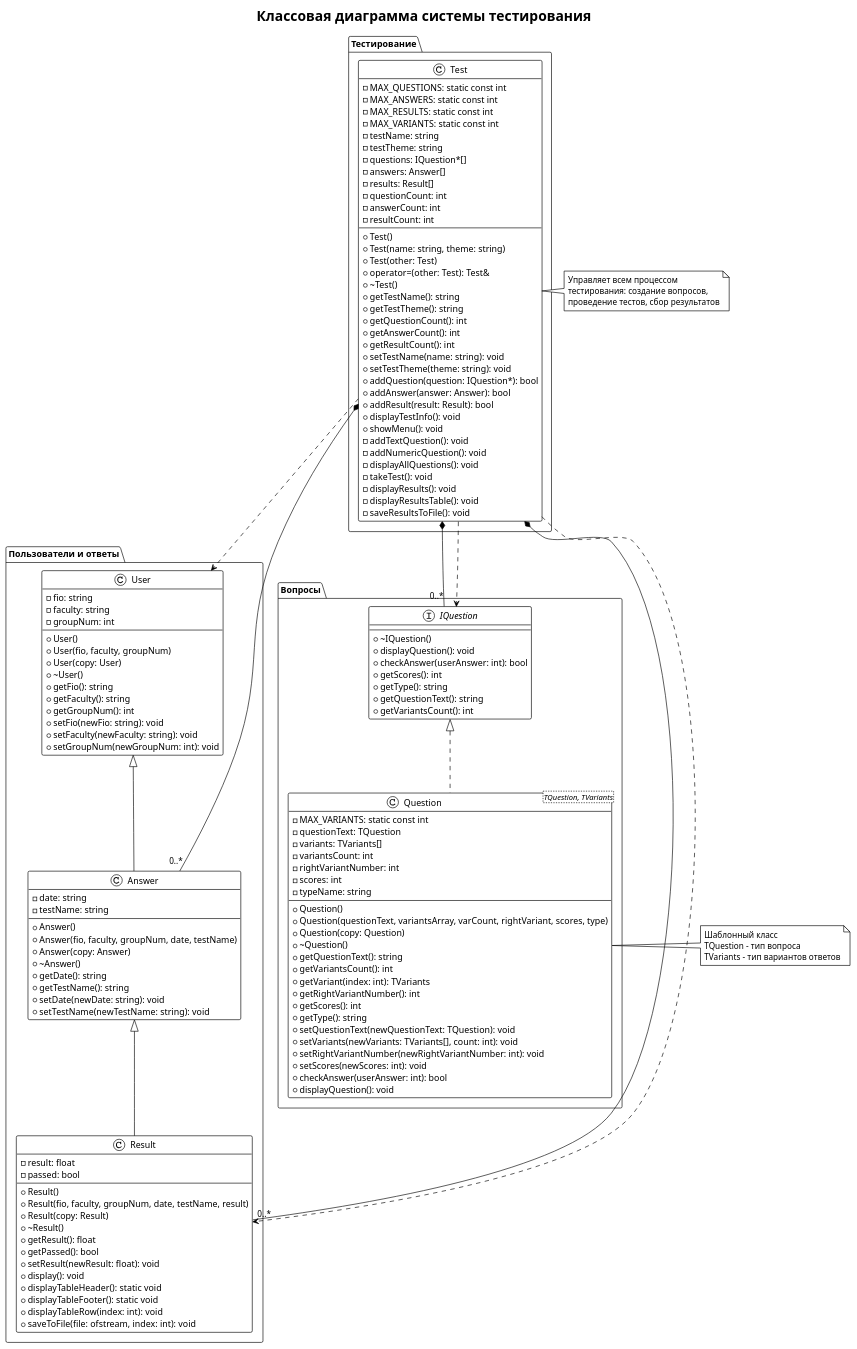
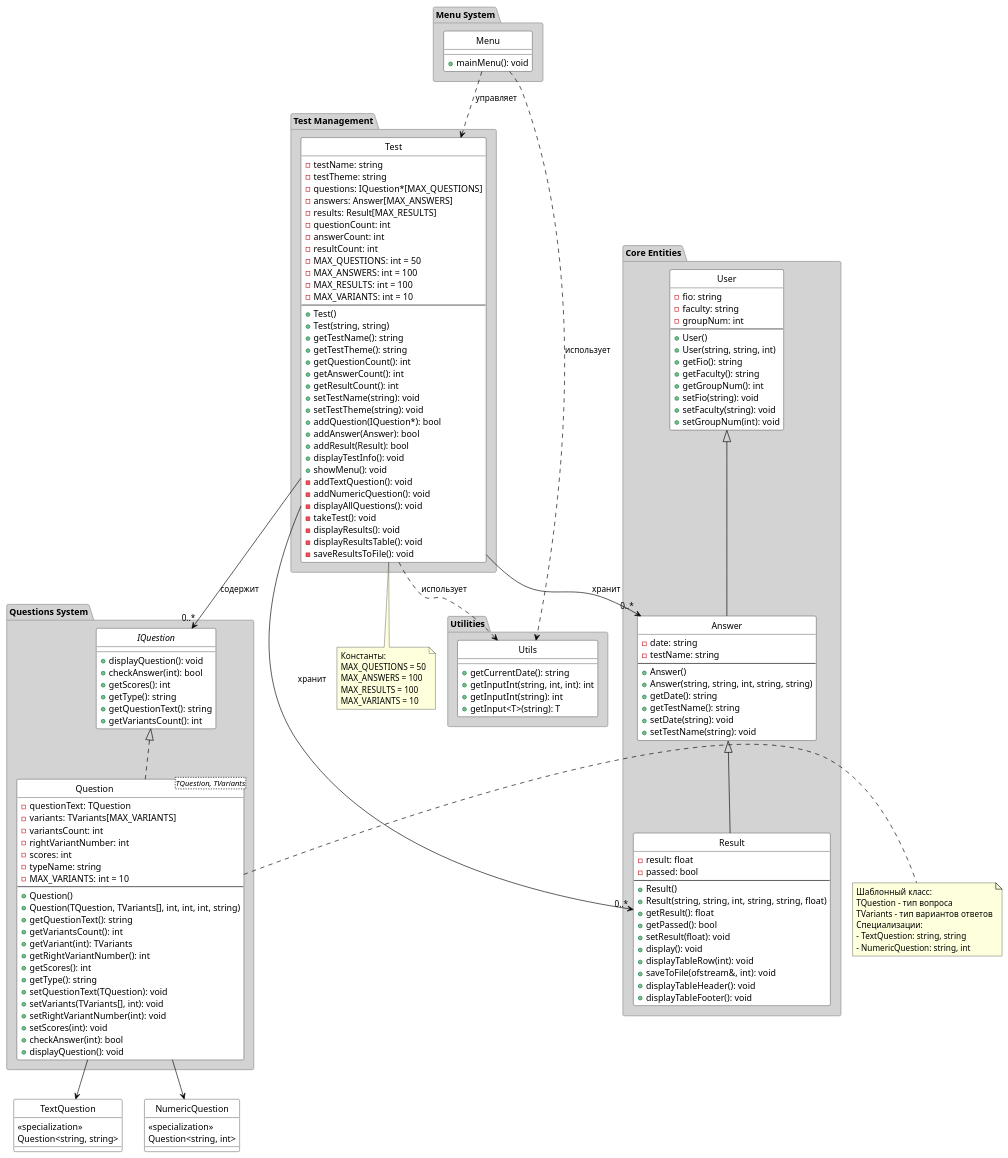
One commit to anotherholeee/OOOP_Course changed the diagram in vika_s_lab6/diagram.puml. Above: the diagram before and after it, drawn with PlantUML. The commit also changed 17 other files, not shown here.

```diff
--- a/vika_s_lab6/diagram.puml
+++ b/vika_s_lab6/diagram.puml
@@ -1,35 +1,32 @@
-@startuml
-!theme plain
+@startuml TestingSystem
 
+' Настройки
 skinparam class {
     BackgroundColor White
     BorderColor Black
     ArrowColor Black
 }
+skinparam package {
+    BackgroundColor LightGray
+    BorderColor DarkGray
+}
+hide circle
 
-skinparam package {
-    BackgroundColor White
-    BorderColor Black
-}
-
-title Классовая диаграмма системы тестирования
-
-package "Пользователи и ответы" {
+' Пакет Core Entities
+package "Core Entities" {
   class User {
     - fio: string
     - faculty: string
     - groupNum: int
     --
     + User()
-    + User(fio, faculty, groupNum)
-    + User(copy: User)
-    + ~User()
+    + User(string, string, int)
     + getFio(): string
     + getFaculty(): string
     + getGroupNum(): int
-    + setFio(newFio: string): void
-    + setFaculty(newFaculty: string): void
-    + setGroupNum(newGroupNum: int): void
+    + setFio(string): void
+    + setFaculty(string): void
+    + setGroupNum(int): void
   }
 
   class Answer {
@@ -37,13 +34,11 @@
     - testName: string
     --
     + Answer()
-    + Answer(fio, faculty, groupNum, date, testName)
-    + Answer(copy: Answer)
-    + ~Answer()
+    + Answer(string, string, int, string, string)
     + getDate(): string
     + getTestName(): string
-    + setDate(newDate: string): void
-    + setTestName(newTestName: string): void
+    + setDate(string): void
+    + setTestName(string): void
   }
 
   class Result {
@@ -51,89 +46,90 @@
     - passed: bool
     --
     + Result()
-    + Result(fio, faculty, groupNum, date, testName, result)
-    + Result(copy: Result)
-    + ~Result()
+    + Result(string, string, int, string, string, float)
     + getResult(): float
     + getPassed(): bool
-    + setResult(newResult: float): void
+    + setResult(float): void
     + display(): void
-    + displayTableHeader(): static void
-    + displayTableFooter(): static void
-    + displayTableRow(index: int): void
-    + saveToFile(file: ofstream, index: int): void
+    + displayTableRow(int): void
+    + saveToFile(ofstream&, int): void
+    + displayTableHeader(): void
+    + displayTableFooter(): void
   }
+
+  ' Наследование
+  User <|-- Answer
+  Answer <|-- Result
 }
 
-package "Вопросы" {
+' Пакет Questions
+package "Questions System" {
   interface IQuestion {
-    + ~IQuestion()
     + displayQuestion(): void
-    + checkAnswer(userAnswer: int): bool
+    + checkAnswer(int): bool
     + getScores(): int
     + getType(): string
     + getQuestionText(): string
     + getVariantsCount(): int
   }
 
-  class "Question<TQuestion, TVariants>" as Question {
-    - MAX_VARIANTS: static const int
+  class Question<TQuestion, TVariants> {
     - questionText: TQuestion
-    - variants: TVariants[]
+    - variants: TVariants[MAX_VARIANTS]
     - variantsCount: int
     - rightVariantNumber: int
     - scores: int
     - typeName: string
+    - MAX_VARIANTS: int = 10
     --
     + Question()
-    + Question(questionText, variantsArray, varCount, rightVariant, scores, type)
-    + Question(copy: Question)
-    + ~Question()
+    + Question(TQuestion, TVariants[], int, int, int, string)
     + getQuestionText(): string
     + getVariantsCount(): int
-    + getVariant(index: int): TVariants
+    + getVariant(int): TVariants
     + getRightVariantNumber(): int
     + getScores(): int
     + getType(): string
-    + setQuestionText(newQuestionText: TQuestion): void
-    + setVariants(newVariants: TVariants[], count: int): void
-    + setRightVariantNumber(newRightVariantNumber: int): void
-    + setScores(newScores: int): void
-    + checkAnswer(userAnswer: int): bool
+    + setQuestionText(TQuestion): void
+    + setVariants(TVariants[], int): void
+    + setRightVariantNumber(int): void
+    + setScores(int): void
+    + checkAnswer(int): bool
     + displayQuestion(): void
   }
+
+  ' Реализация интерфейса
+  IQuestion <|.. Question
 }
 
-package "Тестирование" {
+' Пакет Test Management
+package "Test Management" {
   class Test {
-    - MAX_QUESTIONS: static const int
-    - MAX_ANSWERS: static const int
-    - MAX_RESULTS: static const int
-    - MAX_VARIANTS: static const int
     - testName: string
     - testTheme: string
-    - questions: IQuestion*[]
-    - answers: Answer[]
-    - results: Result[]
+    - questions: IQuestion*[MAX_QUESTIONS]
+    - answers: Answer[MAX_ANSWERS]
+    - results: Result[MAX_RESULTS]
     - questionCount: int
     - answerCount: int
     - resultCount: int
+    - MAX_QUESTIONS: int = 50
+    - MAX_ANSWERS: int = 100
+    - MAX_RESULTS: int = 100
+    - MAX_VARIANTS: int = 10
     --
     + Test()
-    + Test(name: string, theme: string)
-    + Test(other: Test)
-    + operator=(other: Test): Test&
-    + ~Test()
+    + Test(string, string)
     + getTestName(): string
     + getTestTheme(): string
     + getQuestionCount(): int
     + getAnswerCount(): int
     + getResultCount(): int
-    + setTestName(name: string): void
-    + setTestTheme(theme: string): void
-    + addQuestion(question: IQuestion*): bool
-    + addAnswer(answer: Answer): bool
-    + addResult(result: Result): bool
+    + setTestName(string): void
+    + setTestTheme(string): void
+    + addQuestion(IQuestion*): bool
+    + addAnswer(Answer): bool
+    + addResult(Result): bool
     + displayTestInfo(): void
     + showMenu(): void
     - addTextQuestion(): void
@@ -146,31 +142,62 @@
   }
 }
 
-' Наследование
-User <|-- Answer
-Answer <|-- Result
-IQuestion <|.. Question
+' Пакет Utilities
+package "Utilities" {
+  class Utils {
+    + getCurrentDate(): string
+    + getInputInt(string, int, int): int
+    + getInputInt(string): int
+    + getInput<T>(string): T
+  }
+}
 
-' Композиция и агрегация
-Test *-- "0..*" IQuestion
-Test *-- "0..*" Answer
-Test *-- "0..*" Result
+' Пакет Menu
+package "Menu System" {
+  class Menu {
+    + mainMenu(): void
+  }
+}
 
-' Зависимости
-Test ..> User
-Test ..> Result
-Test ..> IQuestion
+' Ассоциации и зависимости
+Test --> "0..*" IQuestion : содержит
+Test --> "0..*" Answer : хранит
+Test --> "0..*" Result : хранит
+Test ..> Utils : использует
+Menu ..> Test : управляет
+Menu ..> Utils : использует
 
-note right of Test
-  Управляет всем процессом
-  тестирования: создание вопросов,
-  проведение тестов, сбор результатов
+' Специализации шаблонов
+class TextQuestion {
+  <<specialization>>
+  Question<string, string>
+}
+
+class NumericQuestion {
+  <<specialization>>
+  Question<string, int>
+}
+
+Question --> TextQuestion
+Question --> NumericQuestion
+
+' Note для объяснения шаблонов
+note right of Question
+  Шаблонный класс:
+  TQuestion - тип вопроса
+  TVariants - тип вариантов ответов
+  Специализации:
+  - TextQuestion: string, string
+  - NumericQuestion: string, int
 end note
 
-note right of Question
-  Шаблонный класс
-  TQuestion - тип вопроса
-  TVariants - тип вариантов ответов
+' Note для констант
+note bottom of Test
+  Константы:
+  MAX_QUESTIONS = 50
+  MAX_ANSWERS = 100
+  MAX_RESULTS = 100
+  MAX_VARIANTS = 10
 end note
 
 @enduml
```
